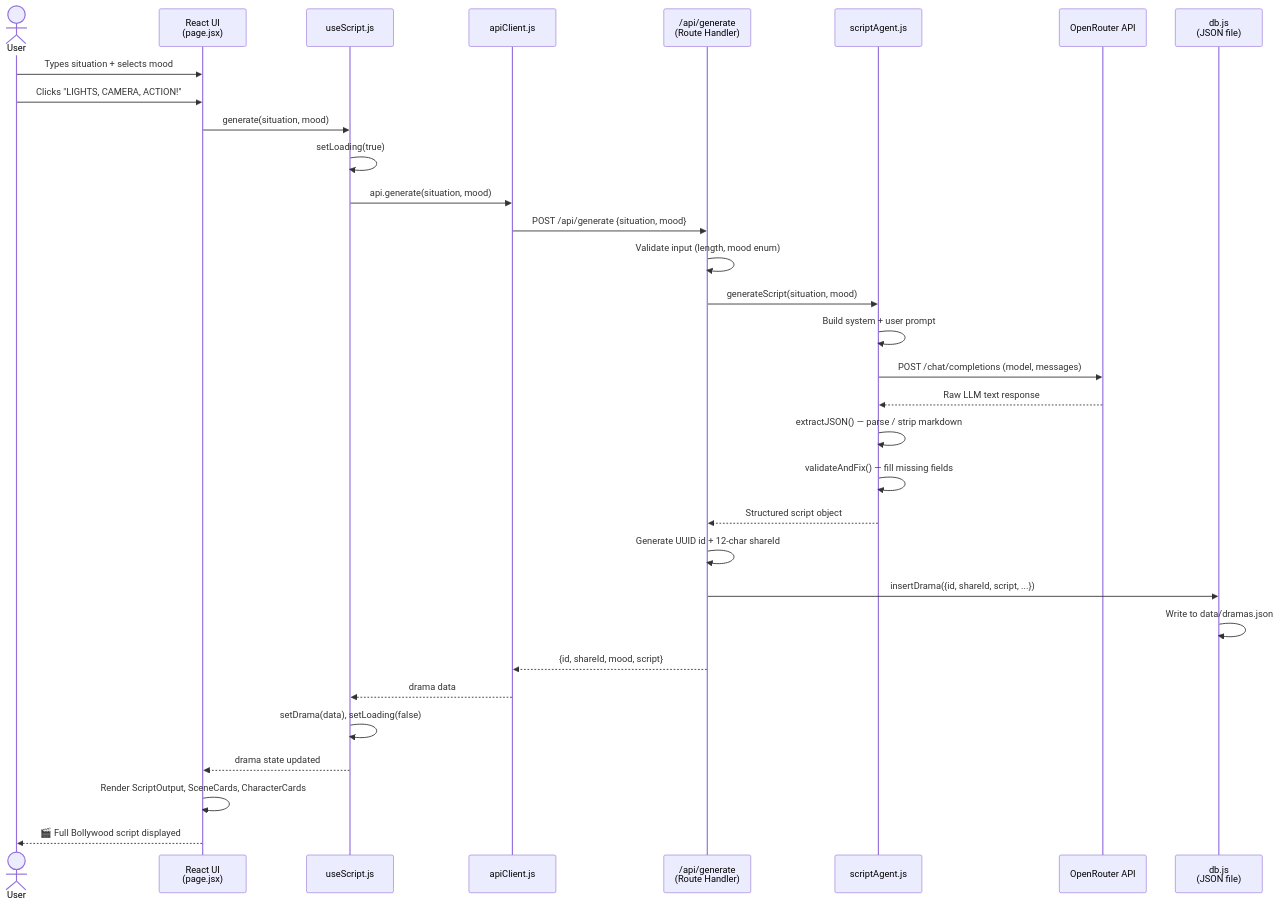
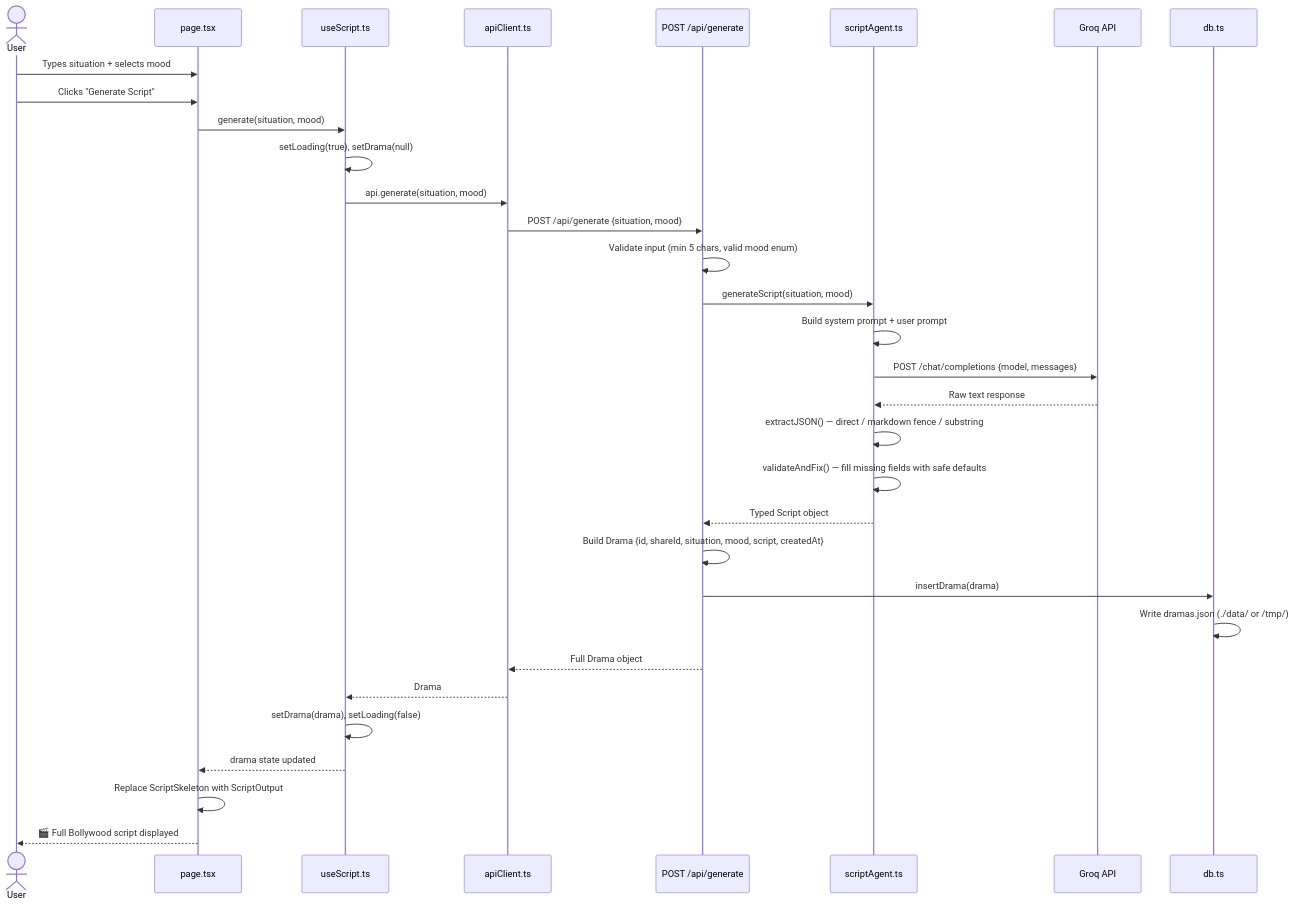
The second of 3 diagrams in README.md (prakharsingh-74/deepshort-Assg), drawn with Mermaid before and after one commit. The commit also changed other lines of this file and 2 other files, not shown here.

````diff
--- a/README.md
+++ b/README.md
@@ -183,40 +184,40 @@
 ```mermaid
 sequenceDiagram
     actor User
-    participant UI as React UI<br/>(page.jsx)
-    participant Hook as useScript.js
-    participant Client as apiClient.js
-    participant API as /api/generate<br/>(Route Handler)
-    participant Agent as scriptAgent.js
-    participant OR as OpenRouter API
-    participant DB as db.js<br/>(JSON file)
+    participant UI as page.tsx
+    participant Hook as useScript.ts
+    participant Client as apiClient.ts
+    participant API as POST /api/generate
+    participant Agent as scriptAgent.ts
+    participant Groq as Groq API
+    participant DB as db.ts
 
     User->>UI: Types situation + selects mood
-    User->>UI: Clicks "LIGHTS, CAMERA, ACTION!"
+    User->>UI: Clicks "Generate Script"
     UI->>Hook: generate(situation, mood)
-    Hook->>Hook: setLoading(true)
+    Hook->>Hook: setLoading(true), setDrama(null)
     Hook->>Client: api.generate(situation, mood)
     Client->>API: POST /api/generate {situation, mood}
 
-    API->>API: Validate input (length, mood enum)
+    API->>API: Validate input (min 5 chars, valid mood enum)
     API->>Agent: generateScript(situation, mood)
 
-    Agent->>Agent: Build system + user prompt
-    Agent->>OR: POST /chat/completions (model, messages)
-    OR-->>Agent: Raw LLM text response
+    Agent->>Agent: Build system prompt + user prompt
+    Agent->>Groq: POST /chat/completions {model, messages}
+    Groq-->>Agent: Raw text response
 
-    Agent->>Agent: extractJSON() — parse / strip markdown
-    Agent->>Agent: validateAndFix() — fill missing fields
-    Agent-->>API: Structured script object
+    Agent->>Agent: extractJSON() — direct / markdown fence / substring
+    Agent->>Agent: validateAndFix() — fill missing fields with safe defaults
+    Agent-->>API: Typed Script object
 
-    API->>API: Generate UUID id + 12-char shareId
-    API->>DB: insertDrama({id, shareId, script, ...})
-    DB->>DB: Write to data/dramas.json
-    API-->>Client: {id, shareId, mood, script}
+    API->>API: Build Drama {id, shareId, situation, mood, script, createdAt}
+    API->>DB: insertDrama(drama)
+    DB->>DB: Write dramas.json (./data/ or /tmp/)
+    API-->>Client: Full Drama object
 
-    Client-->>Hook: drama data
-    Hook->>Hook: setDrama(data), setLoading(false)
+    Client-->>Hook: Drama
+    Hook->>Hook: setDrama(drama), setLoading(false)
     Hook-->>UI: drama state updated
-    UI->>UI: Render ScriptOutput, SceneCards, CharacterCards
+    UI->>UI: Replace ScriptSkeleton with ScriptOutput
     UI-->>User: 🎬 Full Bollywood script displayed
 ```
````
